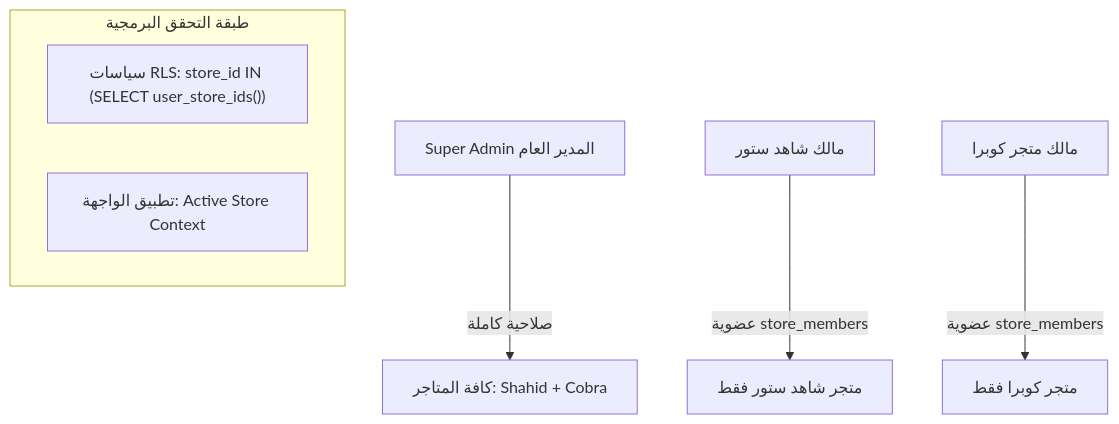
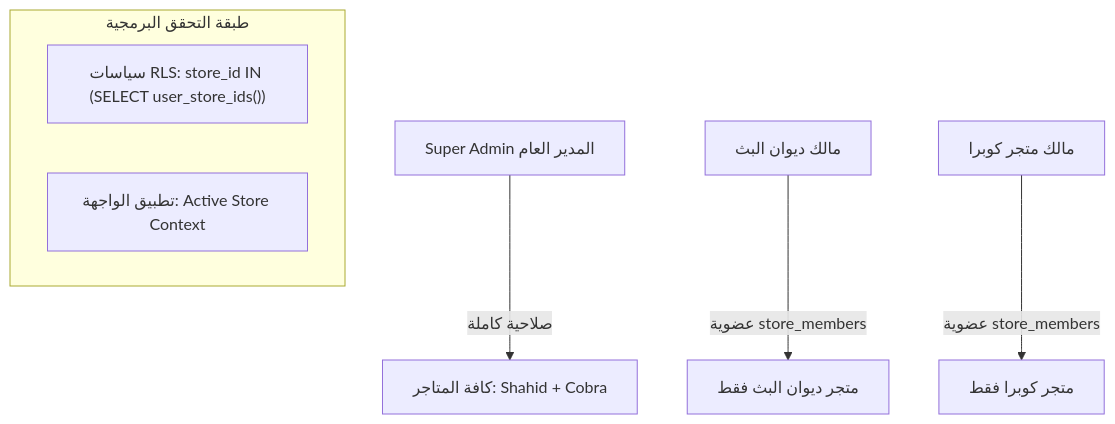
The diagram in docs/multi-tenant-readiness-audit.md (shihadstore2-a11y/shahid-store), drawn with Mermaid before and after one commit. The commit also changed other lines of this file and 58 other files, not shown here.

Commit message:
feat: update store branding to ديوان البث and domain to ksa-tv.com

````diff
--- a/docs/multi-tenant-readiness-audit.md
+++ b/docs/multi-tenant-readiness-audit.md
@@ -103,12 +103,12 @@
 ```mermaid
 graph TD
     SA[Super Admin المدير العام] -->|صلاحية كاملة| ALL[كافة المتاجر: Shahid + Cobra]
     
-    SO_S[مالك شاهد ستور] -->|عضوية store_members| ST_S[متجر شاهد ستور فقط]
+    SO_S[مالك ديوان البث] -->|عضوية store_members| ST_S[متجر ديوان البث فقط]
     SO_C[مالك متجر كوبرا] -->|عضوية store_members| ST_C[متجر كوبرا فقط]
     
     subgraph Control Layer ["طبقة التحقق البرمجية"]
         RLS["سياسات RLS: store_id IN (SELECT user_store_ids())"]
         APP["تطبيق الواجهة: Active Store Context"]
     end
 ```
````
